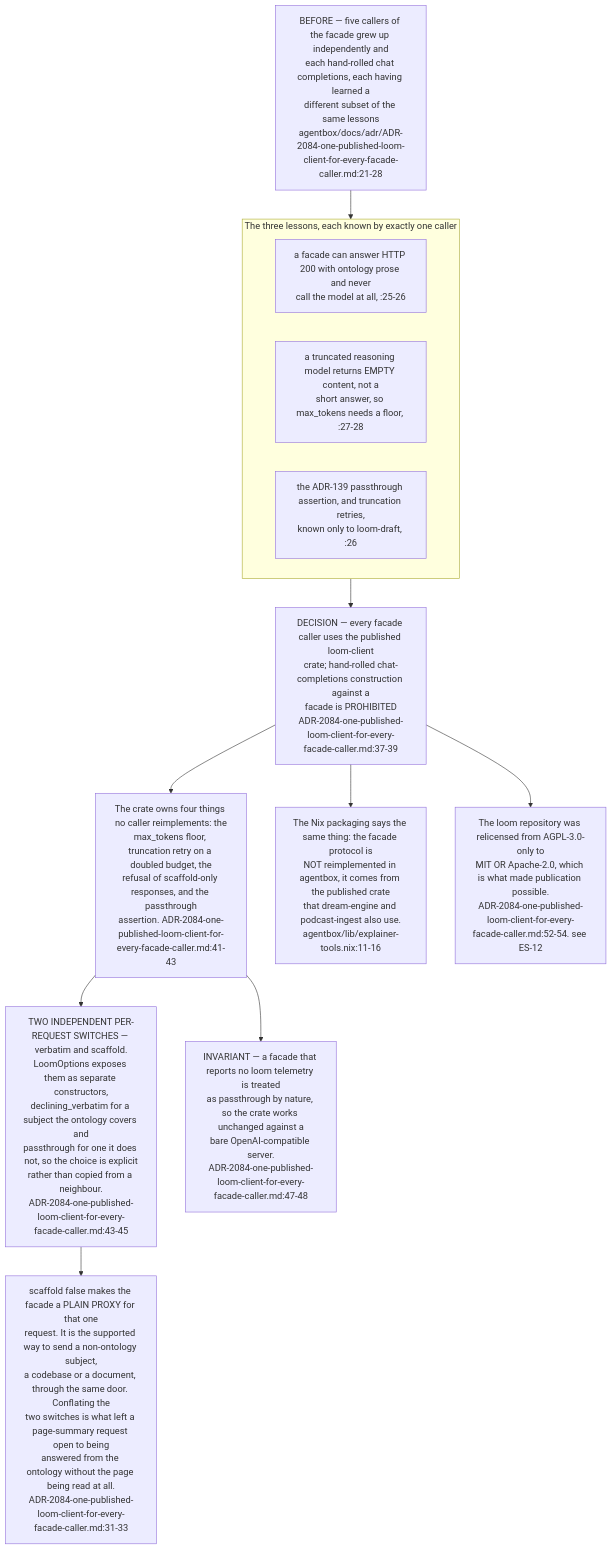
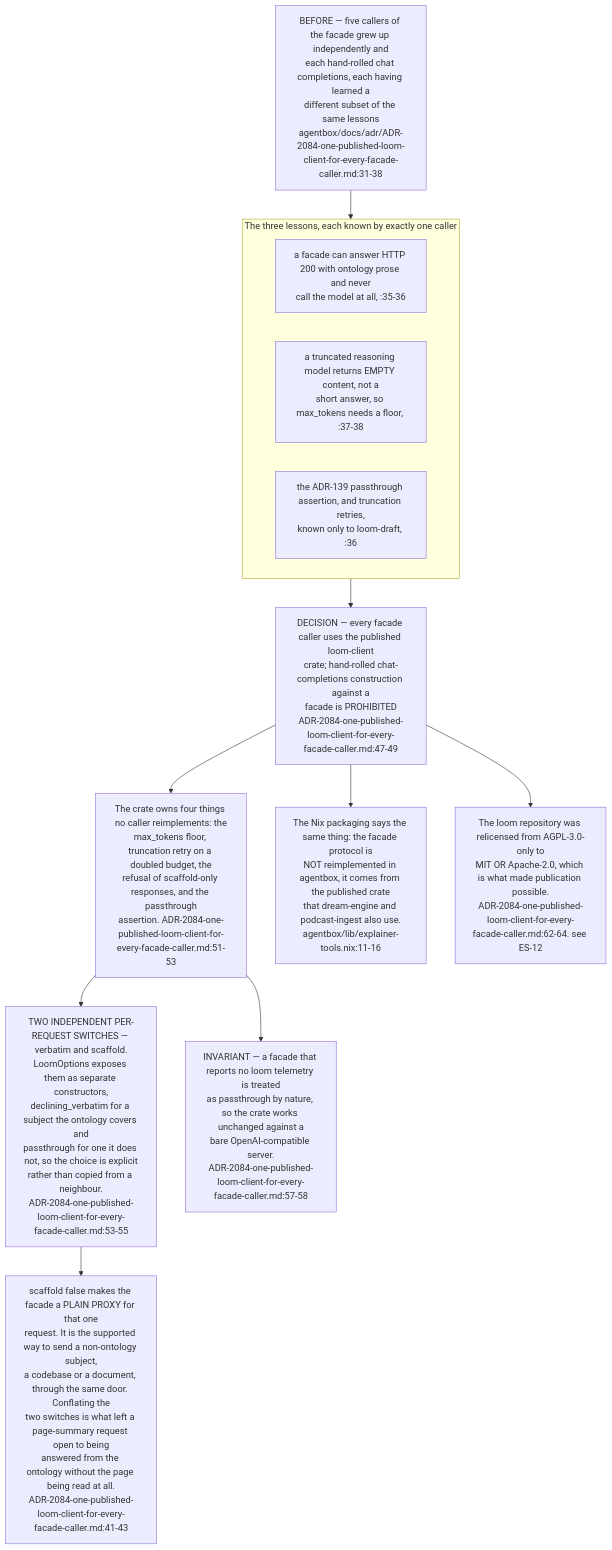
Diagram 11 of 11 in docs/diagrams/estate/06-loom-and-email-privacy-path.md (DreamLab-AI/VisionFlow), drawn with Mermaid before and after one commit. The commit also changed other lines of this file and 6 other files, not shown here.

````diff
--- a/docs/diagrams/estate/06-loom-and-email-privacy-path.md
+++ b/docs/diagrams/estate/06-loom-and-email-privacy-path.md
@@ -393,32 +393,32 @@
 ```mermaid
 flowchart TB
-    BEFORE["BEFORE — five callers of the facade grew up independently and<br/>each hand-rolled chat completions, each having learned a<br/>different subset of the same lessons<br/>agentbox/docs/adr/ADR-2084-one-published-loom-client-for-every-facade-caller.md:21-28"]
+    BEFORE["BEFORE — five callers of the facade grew up independently and<br/>each hand-rolled chat completions, each having learned a<br/>different subset of the same lessons<br/>agentbox/docs/adr/ADR-2084-one-published-loom-client-for-every-facade-caller.md:31-38"]
 
     subgraph LESSONS["The three lessons, each known by exactly one caller"]
-        L1["a facade can answer HTTP 200 with ontology prose and never<br/>call the model at all, :25-26"]
-        L2["a truncated reasoning model returns EMPTY content, not a<br/>short answer, so max_tokens needs a floor, :27-28"]
-        L3["the ADR-139 passthrough assertion, and truncation retries,<br/>known only to loom-draft, :26"]
+        L1["a facade can answer HTTP 200 with ontology prose and never<br/>call the model at all, :35-36"]
+        L2["a truncated reasoning model returns EMPTY content, not a<br/>short answer, so max_tokens needs a floor, :37-38"]
+        L3["the ADR-139 passthrough assertion, and truncation retries,<br/>known only to loom-draft, :36"]
     end
     BEFORE --> LESSONS
 
-    DEC["DECISION — every facade caller uses the published loom-client<br/>crate; hand-rolled chat-completions construction against a<br/>facade is PROHIBITED<br/>ADR-2084-one-published-loom-client-for-every-facade-caller.md:37-39"]
+    DEC["DECISION — every facade caller uses the published loom-client<br/>crate; hand-rolled chat-completions construction against a<br/>facade is PROHIBITED<br/>ADR-2084-one-published-loom-client-for-every-facade-caller.md:47-49"]
     LESSONS --> DEC
 
-    OWNS["The crate owns four things no caller reimplements: the<br/>max_tokens floor, truncation retry on a doubled budget, the<br/>refusal of scaffold-only responses, and the passthrough<br/>assertion. ADR-2084-one-published-loom-client-for-every-facade-caller.md:41-43"]
+    OWNS["The crate owns four things no caller reimplements: the<br/>max_tokens floor, truncation retry on a doubled budget, the<br/>refusal of scaffold-only responses, and the passthrough<br/>assertion. ADR-2084-one-published-loom-client-for-every-facade-caller.md:51-53"]
     DEC --> OWNS
 
-    OPT["TWO INDEPENDENT PER-REQUEST SWITCHES — verbatim and scaffold.<br/>LoomOptions exposes them as separate constructors,<br/>declining_verbatim for a subject the ontology covers and<br/>passthrough for one it does not, so the choice is explicit<br/>rather than copied from a neighbour.<br/>ADR-2084-one-published-loom-client-for-every-facade-caller.md:43-45"]
+    OPT["TWO INDEPENDENT PER-REQUEST SWITCHES — verbatim and scaffold.<br/>LoomOptions exposes them as separate constructors,<br/>declining_verbatim for a subject the ontology covers and<br/>passthrough for one it does not, so the choice is explicit<br/>rather than copied from a neighbour.<br/>ADR-2084-one-published-loom-client-for-every-facade-caller.md:53-55"]
     OWNS --> OPT
 
-    SCAF["scaffold false makes the facade a PLAIN PROXY for that one<br/>request. It is the supported way to send a non-ontology subject,<br/>a codebase or a document, through the same door. Conflating the<br/>two switches is what left a page-summary request open to being<br/>answered from the ontology without the page being read at all.<br/>ADR-2084-one-published-loom-client-for-every-facade-caller.md:31-33"]
+    SCAF["scaffold false makes the facade a PLAIN PROXY for that one<br/>request. It is the supported way to send a non-ontology subject,<br/>a codebase or a document, through the same door. Conflating the<br/>two switches is what left a page-summary request open to being<br/>answered from the ontology without the page being read at all.<br/>ADR-2084-one-published-loom-client-for-every-facade-caller.md:41-43"]
     OPT --> SCAF
 
     NIX["The Nix packaging says the same thing: the facade protocol is<br/>NOT reimplemented in agentbox, it comes from the published crate<br/>that dream-engine and podcast-ingest also use.<br/>agentbox/lib/explainer-tools.nix:11-16"]
     DEC --> NIX
 
-    BARE["INVARIANT — a facade that reports no loom telemetry is treated<br/>as passthrough by nature, so the crate works unchanged against a<br/>bare OpenAI-compatible server.<br/>ADR-2084-one-published-loom-client-for-every-facade-caller.md:47-48"]
+    BARE["INVARIANT — a facade that reports no loom telemetry is treated<br/>as passthrough by nature, so the crate works unchanged against a<br/>bare OpenAI-compatible server.<br/>ADR-2084-one-published-loom-client-for-every-facade-caller.md:57-58"]
     OWNS --> BARE
 
-    LIC["The loom repository was relicensed from AGPL-3.0-only to<br/>MIT OR Apache-2.0, which is what made publication possible.<br/>ADR-2084-one-published-loom-client-for-every-facade-caller.md:52-54. see ES-12"]
+    LIC["The loom repository was relicensed from AGPL-3.0-only to<br/>MIT OR Apache-2.0, which is what made publication possible.<br/>ADR-2084-one-published-loom-client-for-every-facade-caller.md:62-64. see ES-12"]
     DEC --> LIC
 ```
````
